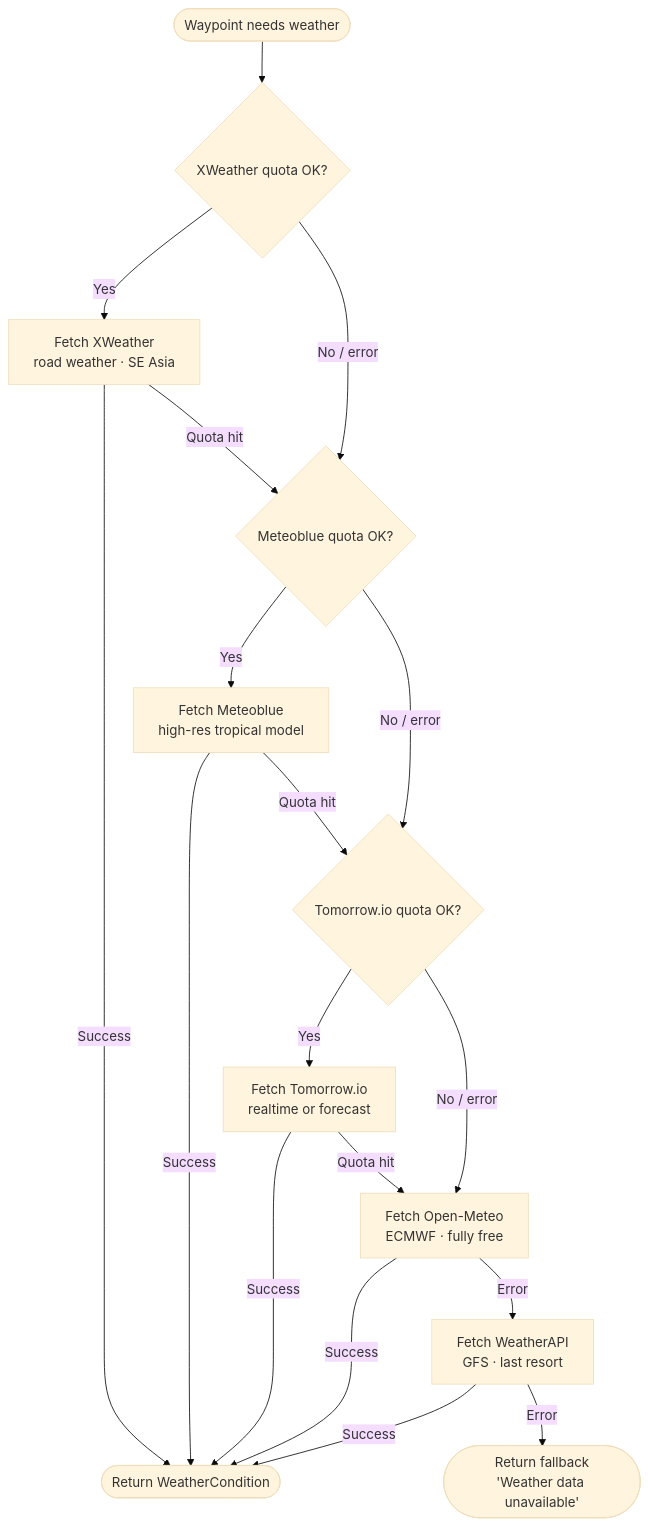
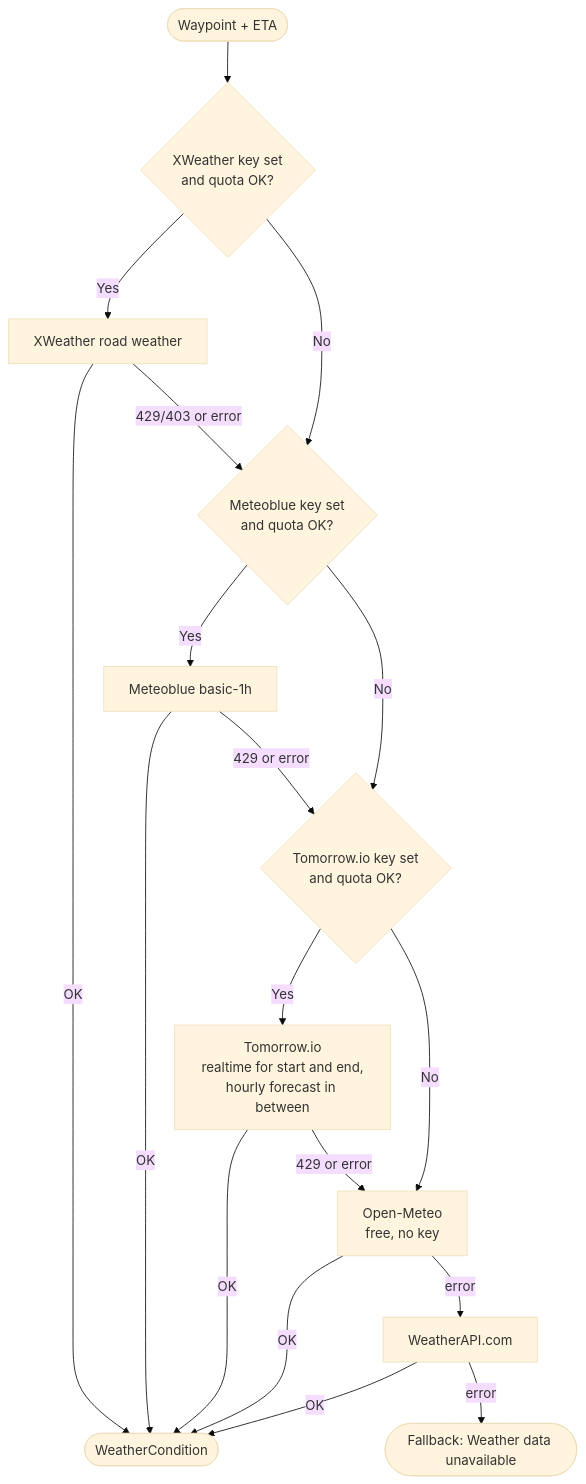
One commit to snsyaqirah/snsyaqirah.github.io changed diagram 12 of 17 in portfolio-react/public/docs/redahluhh.md. Above: the diagram before and after it, drawn with Mermaid (base theme). The commit also changed other lines of this file and 101 other files, not shown here.

````diff
--- a/portfolio-react/public/docs/redahluhh.md
+++ b/portfolio-react/public/docs/redahluhh.md
@@ -346,20 +403,20 @@
 ```mermaid
 flowchart TD
-    A([Waypoint needs weather]) --> B{XWeather quota OK?}
-    B -->|Yes| C[Fetch XWeather\nroad weather · SE Asia]
-    B -->|No / error| D{Meteoblue quota OK?}
-    C -->|Success| Z([Return WeatherCondition])
-    C -->|Quota hit| D
-    D -->|Yes| E[Fetch Meteoblue\nhigh-res tropical model]
-    D -->|No / error| F{Tomorrow.io quota OK?}
-    E -->|Success| Z
-    E -->|Quota hit| F
-    F -->|Yes| G[Fetch Tomorrow.io\nrealtime or forecast]
-    F -->|No / error| H[Fetch Open-Meteo\nECMWF · fully free]
-    G -->|Success| Z
-    G -->|Quota hit| H
-    H -->|Success| Z
-    H -->|Error| I[Fetch WeatherAPI\nGFS · last resort]
-    I -->|Success| Z
-    I -->|Error| J([Return fallback\n'Weather data unavailable'])
+    A([Waypoint + ETA]) --> X{"XWeather key set<br/>and quota OK?"}
+    X -->|Yes| X1["XWeather road weather"]
+    X -->|No| M{"Meteoblue key set<br/>and quota OK?"}
+    X1 -->|OK| Z([WeatherCondition])
+    X1 -->|"429/403 or error"| M
+    M -->|Yes| M1["Meteoblue basic-1h"]
+    M -->|No| T{"Tomorrow.io key set<br/>and quota OK?"}
+    M1 -->|OK| Z
+    M1 -->|429 or error| T
+    T -->|Yes| T1["Tomorrow.io<br/>realtime for start and end,<br/>hourly forecast in between"]
+    T -->|No| O["Open-Meteo<br/>free, no key"]
+    T1 -->|OK| Z
+    T1 -->|429 or error| O
+    O -->|OK| Z
+    O -->|error| W["WeatherAPI.com"]
+    W -->|OK| Z
+    W -->|error| F(["Fallback: Weather data unavailable"])
 ```
````
